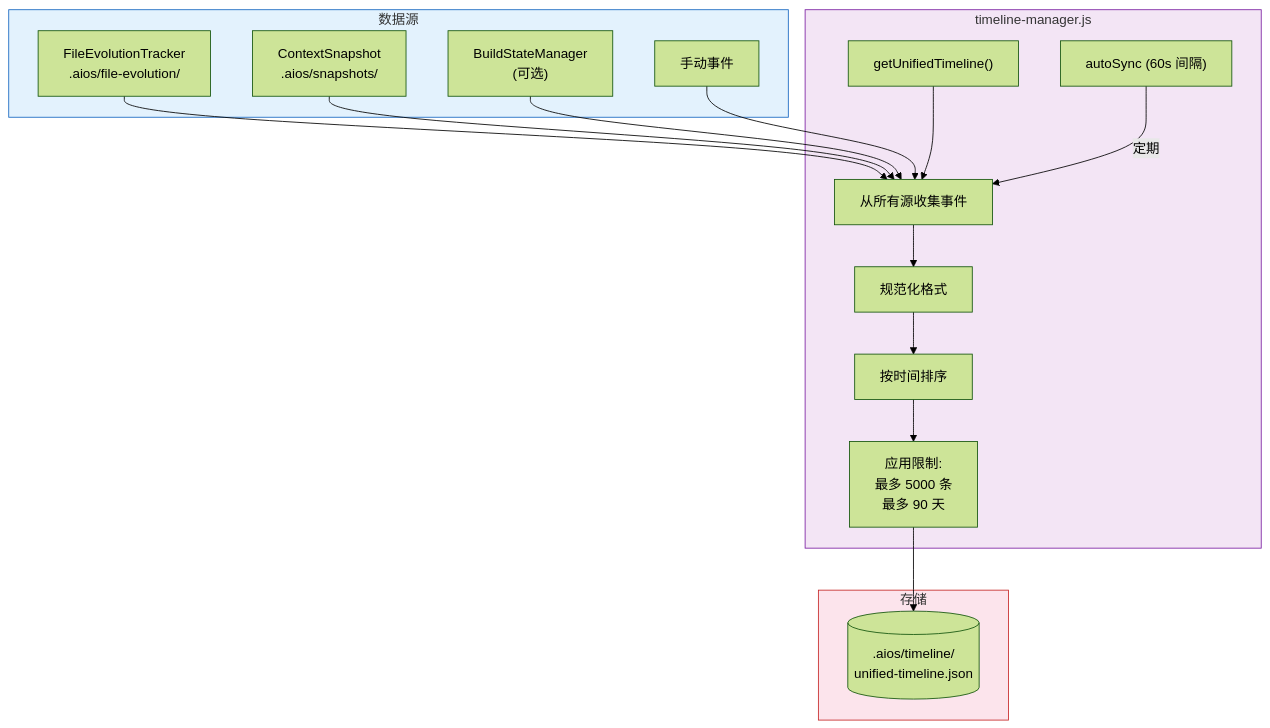
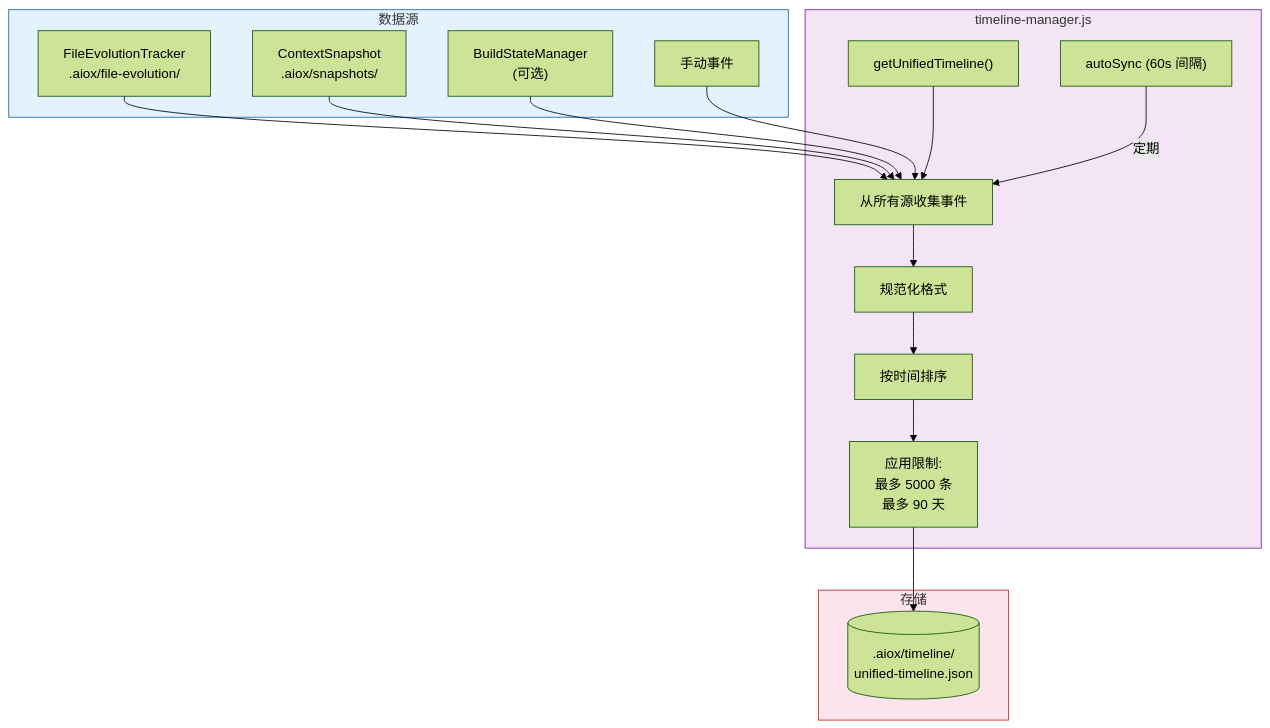
Before and after one commit to brunajunckes/aiox-core: diagram 16 of 18 in docs/zh/guides/MEMORY-SYSTEM.md, drawn with Mermaid (forest theme). The commit also changed other lines of this file and 3446 other files, not shown here.

First line of the commit message:
chore: rebrand aios → aiox across entire codebase (#552)

````diff
--- a/docs/zh/guides/MEMORY-SYSTEM.md
+++ b/docs/zh/guides/MEMORY-SYSTEM.md
@@ -720,37 +720,37 @@
 ```mermaid
 flowchart TD
     subgraph SOURCES["数据源"]
-        SRC1["FileEvolutionTracker<br/>.aios/file-evolution/"]
-        SRC2["ContextSnapshot<br/>.aios/snapshots/"]
+        SRC1["FileEvolutionTracker<br/>.aiox/file-evolution/"]
+        SRC2["ContextSnapshot<br/>.aiox/snapshots/"]
         SRC3["BuildStateManager<br/>(可选)"]
         SRC4["手动事件"]
     end
 
     subgraph TIMELINE["timeline-manager.js"]
         TM1["getUnifiedTimeline()"]
         TM2["从所有源收集事件"]
         TM3["规范化格式"]
         TM4["按时间排序"]
         TM5["应用限制:<br/>最多 5000 条<br/>最多 90 天"]
         TM6["autoSync (60s 间隔)"]
     end
 
     subgraph STORAGE["存储"]
-        ST1[(".aios/timeline/<br/>unified-timeline.json")]
+        ST1[(".aiox/timeline/<br/>unified-timeline.json")]
     end
 
     SRC1 --> TM2
     SRC2 --> TM2
     SRC3 --> TM2
     SRC4 --> TM2
     TM1 --> TM2
     TM2 --> TM3
     TM3 --> TM4
     TM4 --> TM5
     TM5 --> ST1
     TM6 -->|"定期"| TM2
 
     style SOURCES fill:#E3F2FD,stroke:#1565C0
     style TIMELINE fill:#F3E5F5,stroke:#7B1FA2
     style STORAGE fill:#FCE4EC,stroke:#C62828
 ```
````
